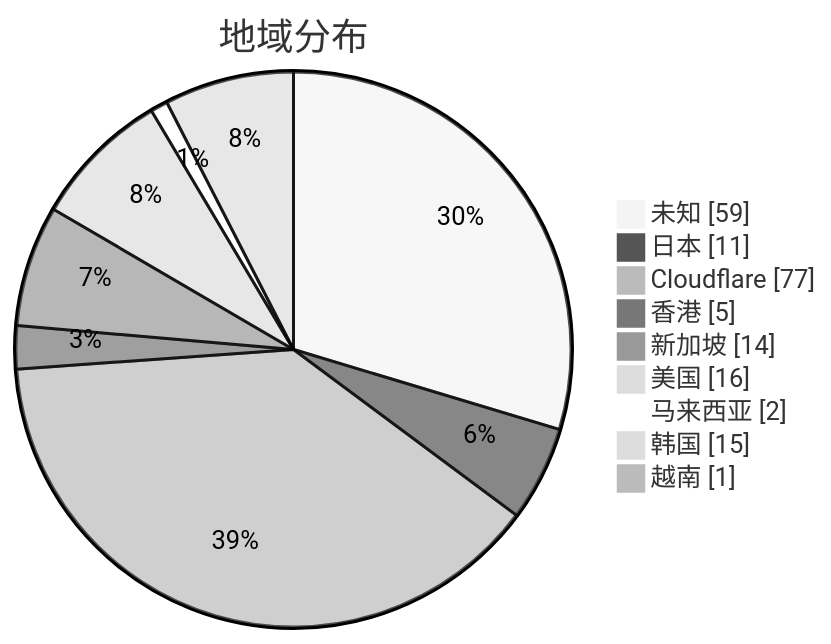
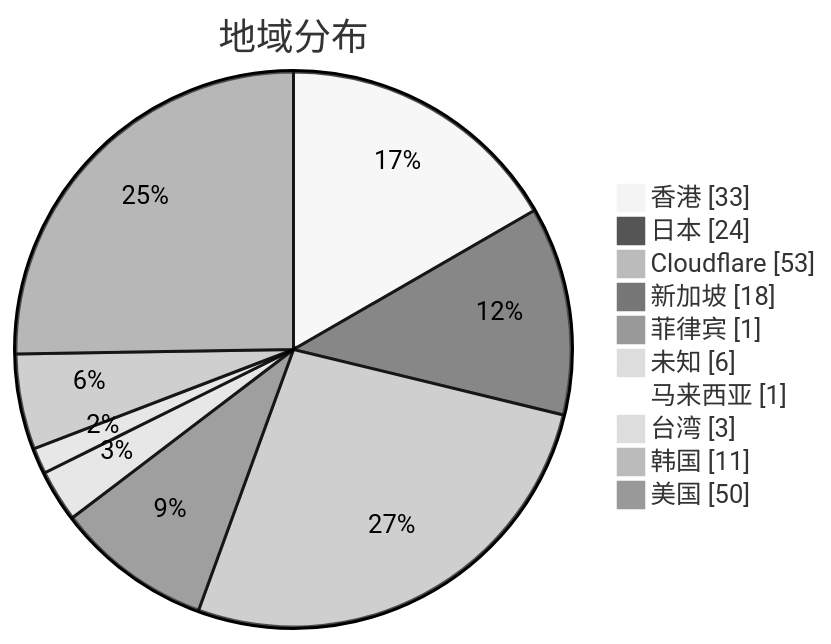
The second of 3 diagrams in subs/statistics/tested_within.md (qjlxg/airport), drawn with Mermaid (neutral theme) before and after one commit. The commit also changed other lines of this file and 2 other files, not shown here.

````diff
--- a/subs/statistics/tested_within.md
+++ b/subs/statistics/tested_within.md
@@ -12,13 +11,14 @@
 ```mermaid
 pie showData
 title 地域分布
-"未知" : 59
-"日本" : 11
-"Cloudflare" : 77
-"香港" : 5
-"新加坡" : 14
-"美国" : 16
-"马来西亚" : 2
-"韩国" : 15
-"越南" : 1
+"香港" : 33
+"日本" : 24
+"Cloudflare" : 53
+"新加坡" : 18
+"菲律宾" : 1
+"未知" : 6
+"马来西亚" : 1
+"台湾" : 3
+"韩国" : 11
+"美国" : 50
 ```
````
